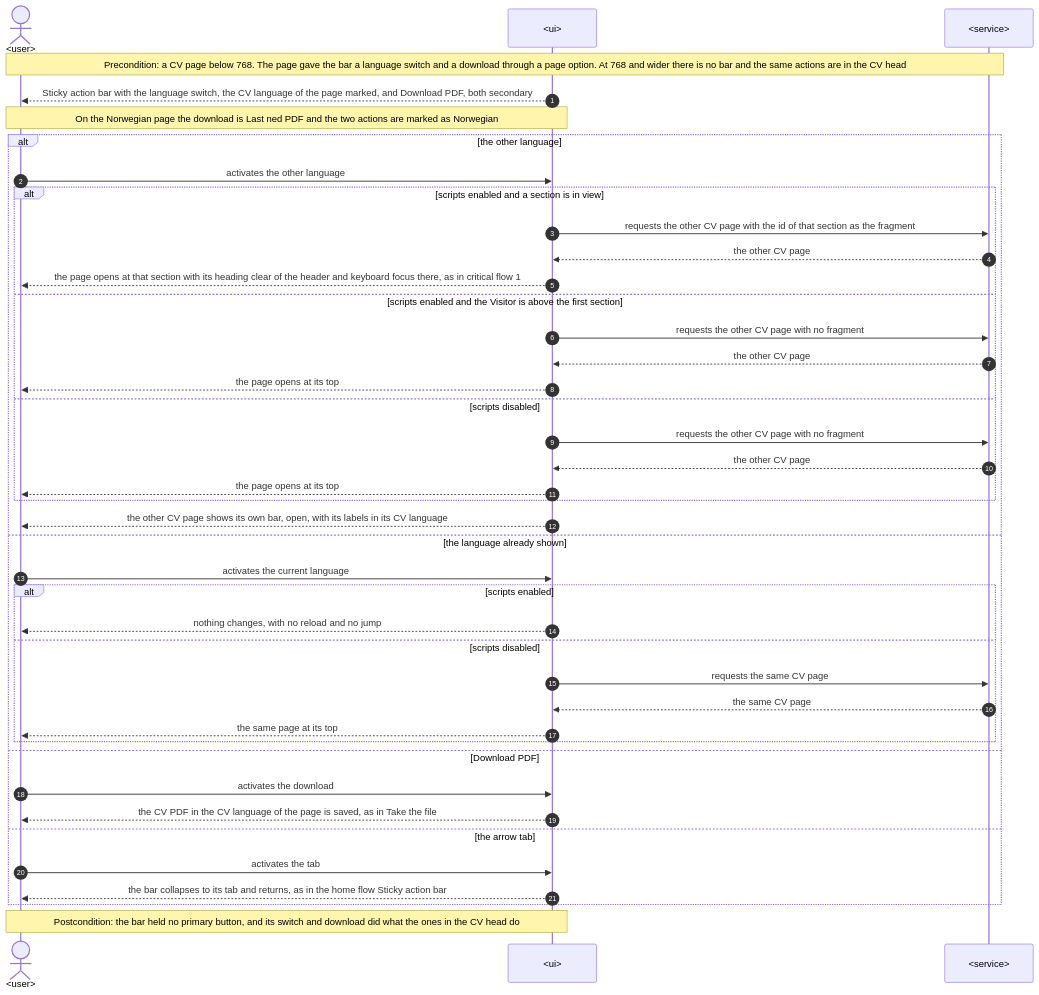
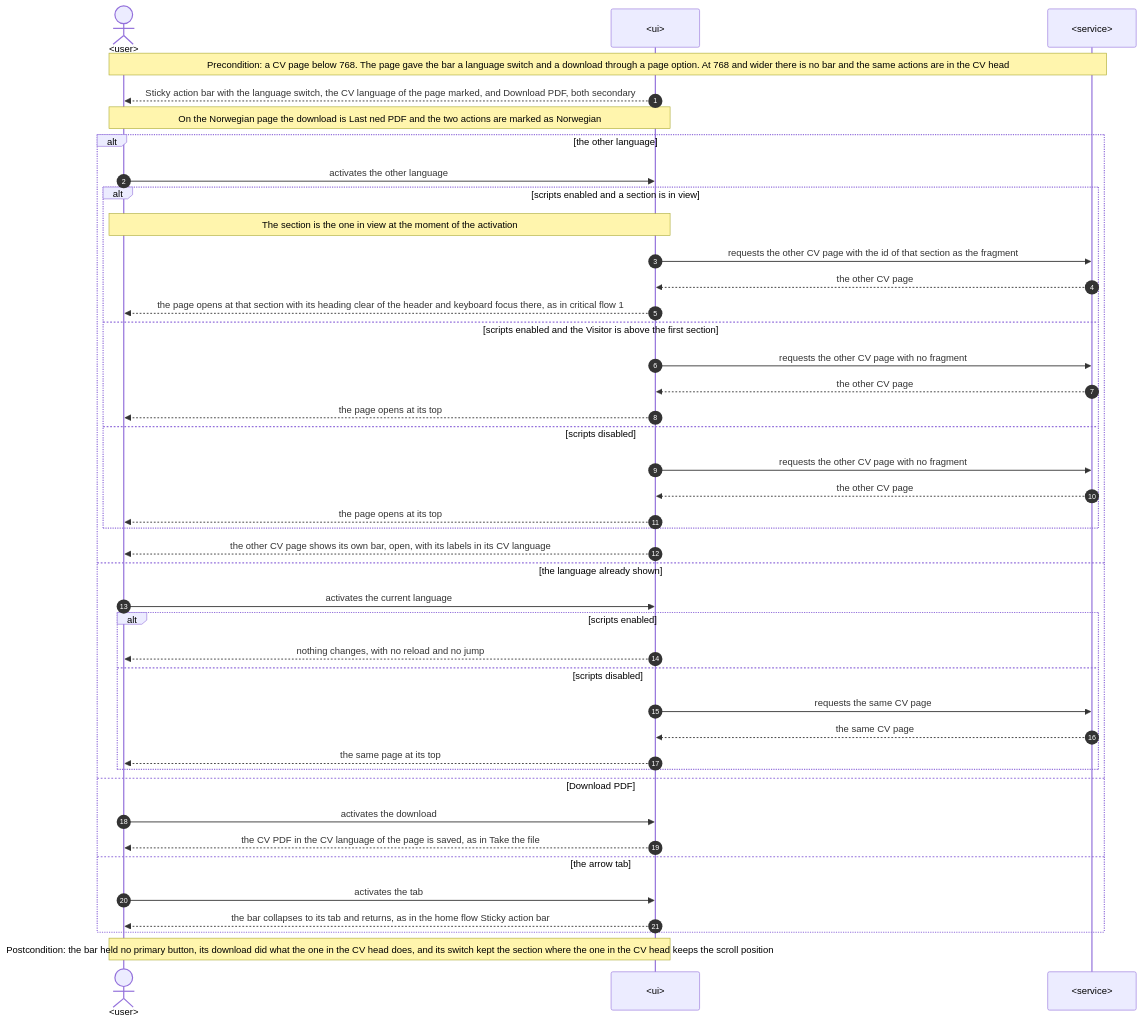
One commit to Ponomaleks/alpon.dev changed diagram 11 of 11 in docs/features/cv/sad.md. Above: the diagram before and after it, drawn with Mermaid. The commit also changed other lines of this file and 3 other files, not shown here.

First line of the commit message:
docs(cv): Bring ux-flows and the sad sequences in step with AC-08

````diff
--- a/docs/features/cv/sad.md
+++ b/docs/features/cv/sad.md
@@ -584,44 +598,45 @@
 ```mermaid
 sequenceDiagram
     autonumber
     actor U as <user>
     participant UI as <ui>
     participant S as <service>
 
     Note over U,S: Precondition: a CV page below 768. The page gave the bar a language switch and a download through a page option. At 768 and wider there is no bar and the same actions are in the CV head
     UI-->>U: Sticky action bar with the language switch, the CV language of the page marked, and Download PDF, both secondary
     Note over U,UI: On the Norwegian page the download is Last ned PDF and the two actions are marked as Norwegian
     alt the other language
         U->>UI: activates the other language
         alt scripts enabled and a section is in view
+            Note over U,UI: The section is the one in view at the moment of the activation
             UI->>S: requests the other CV page with the id of that section as the fragment
             S-->>UI: the other CV page
             UI-->>U: the page opens at that section with its heading clear of the header and keyboard focus there, as in critical flow 1
         else scripts enabled and the Visitor is above the first section
             UI->>S: requests the other CV page with no fragment
             S-->>UI: the other CV page
             UI-->>U: the page opens at its top
         else scripts disabled
             UI->>S: requests the other CV page with no fragment
             S-->>UI: the other CV page
             UI-->>U: the page opens at its top
         end
         UI-->>U: the other CV page shows its own bar, open, with its labels in its CV language
     else the language already shown
         U->>UI: activates the current language
         alt scripts enabled
             UI-->>U: nothing changes, with no reload and no jump
         else scripts disabled
             UI->>S: requests the same CV page
             S-->>UI: the same CV page
             UI-->>U: the same page at its top
         end
     else Download PDF
         U->>UI: activates the download
         UI-->>U: the CV PDF in the CV language of the page is saved, as in Take the file
     else the arrow tab
         U->>UI: activates the tab
         UI-->>U: the bar collapses to its tab and returns, as in the home flow Sticky action bar
     end
-    Note over U,UI: Postcondition: the bar held no primary button, and its switch and download did what the ones in the CV head do
+    Note over U,UI: Postcondition: the bar held no primary button, its download did what the one in the CV head does, and its switch kept the section where the one in the CV head keeps the scroll position
 ```
````
